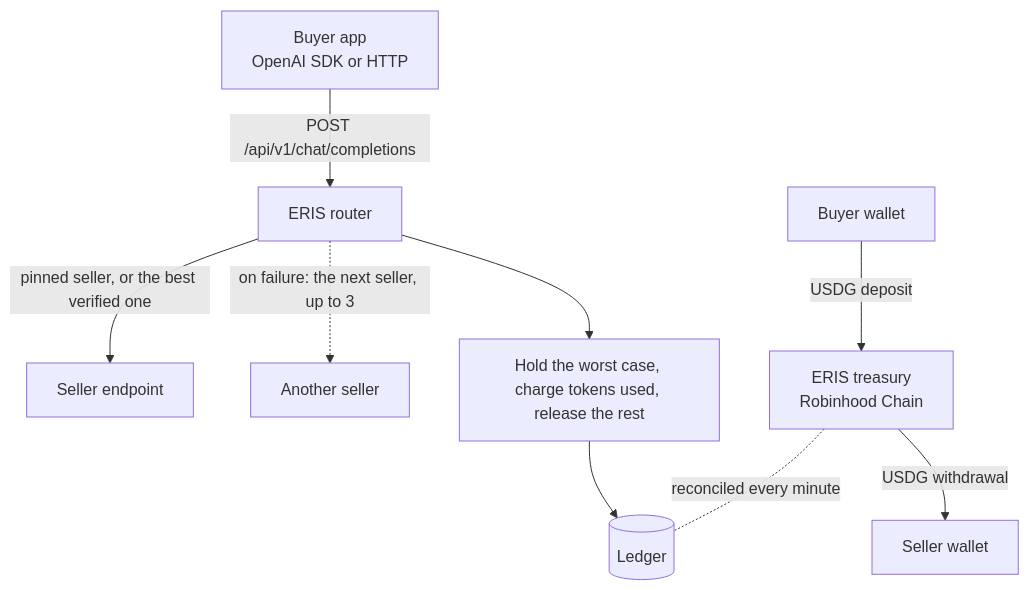
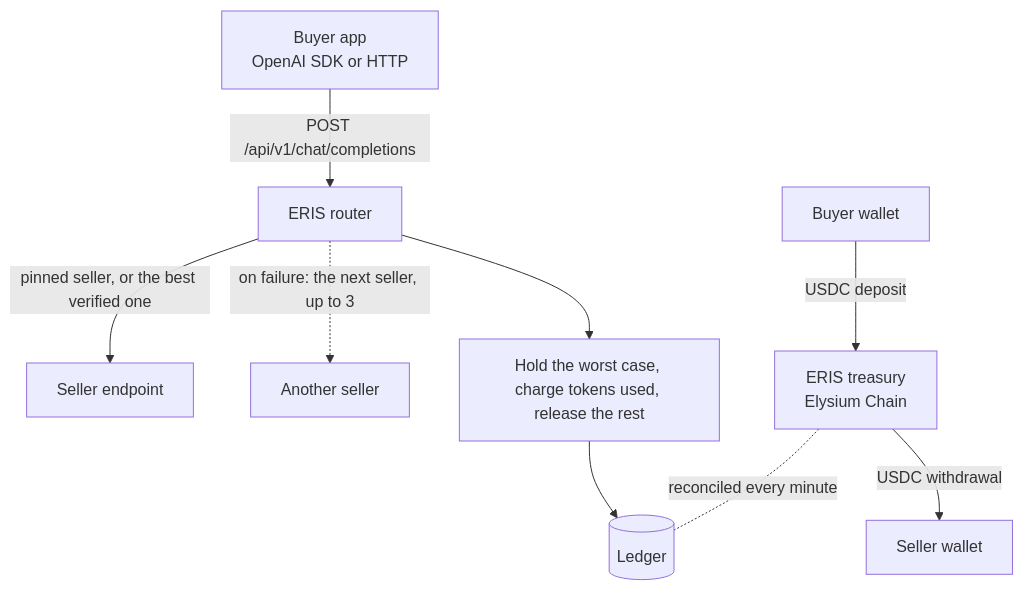
One commit to ErisEngine/eris changed the diagram in README.md. Above: the diagram before and after it, drawn with Mermaid. The commit also changed other lines of this file, not shown here.

````diff
--- a/README.md
+++ b/README.md
@@ -74,11 +73,11 @@
 ```mermaid
 flowchart TB
     B["Buyer app<br/>OpenAI SDK or HTTP"] -- "POST /api/v1/chat/completions" --> R["ERIS router"]
     R -- "pinned seller, or the best verified one" --> S1["Seller endpoint"]
     R -. "on failure: the next seller, up to 3" .-> S2["Another seller"]
     R --> H["Hold the worst case, charge tokens used, release the rest"]
     H --> L[("Ledger")]
-    W["Buyer wallet"] -- "USDG deposit" --> T["ERIS treasury<br/>Robinhood Chain"]
-    T -- "USDG withdrawal" --> SW["Seller wallet"]
+    W["Buyer wallet"] -- "USDC deposit" --> T["ERIS treasury<br/>Elysium Chain"]
+    T -- "USDC withdrawal" --> SW["Seller wallet"]
     T -. "reconciled every minute" .- L
 ```
````
